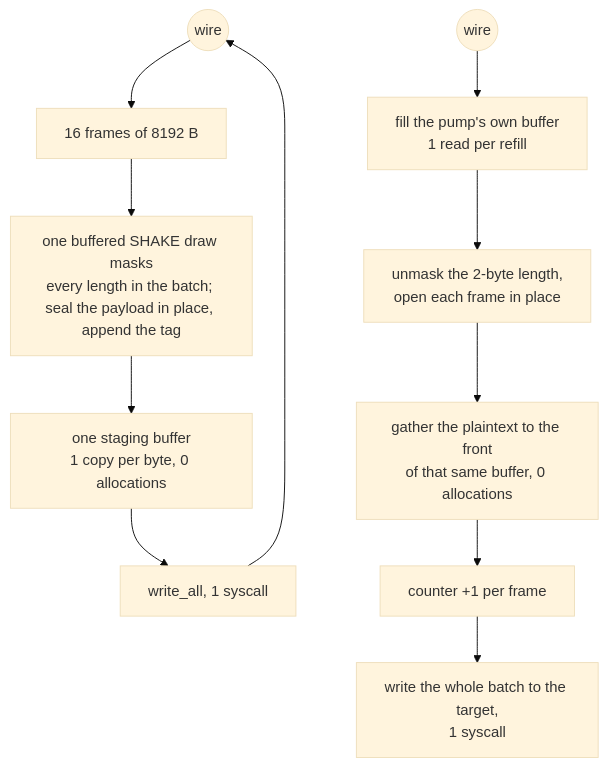
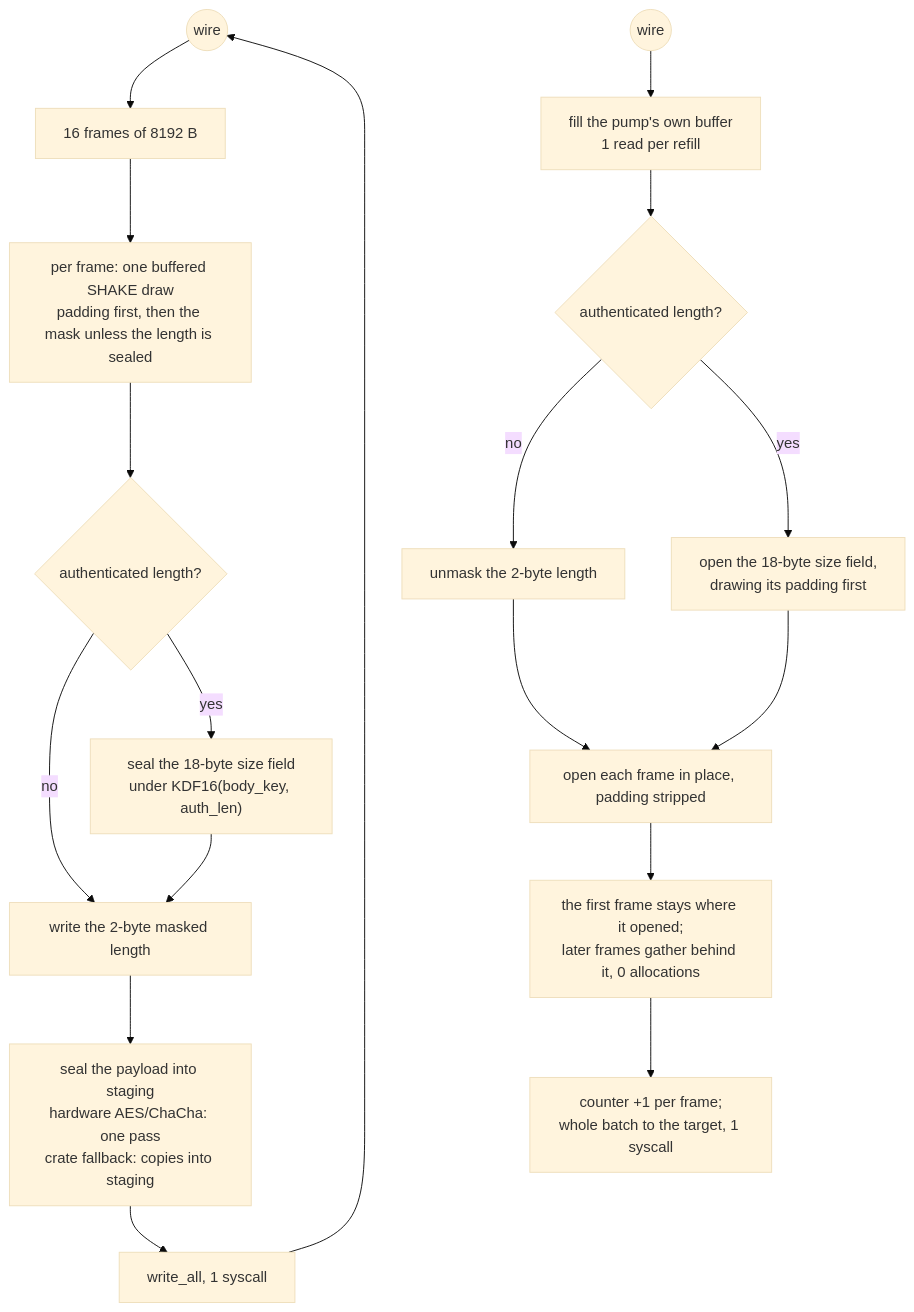
Before and after one commit to Ferrocite/ferrox: the diagram in docs/function/vmess.md, drawn with Mermaid (base theme). The commit also changed other lines of this file and 23 other files, not shown here.

First line of the commit message:
vmess: seal into staging, carry auth lengths and the no-signal end (#1082)

````diff
--- a/docs/function/vmess.md
+++ b/docs/function/vmess.md
@@ -25,13 +29,20 @@
 ```mermaid
 graph TD
     W["plaintext read, 128 KiB"] --> W1["16 frames of 8192 B"]
-    W1 --> W2["one buffered SHAKE draw masks<br/>every length in the batch; seal the payload in place, append the tag"]
-    W2 --> W3["one staging buffer<br/>1 copy per byte, 0 allocations"]
-    W3 --> W4["write_all, 1 syscall"]
-    W4 --> W(("wire"))
+    W1 --> W2["per frame: one buffered SHAKE draw<br/>padding first, then the mask unless the length is sealed"]
+    W2 --> W2A{"authenticated length?"}
+    W2A -->|no| W3["write the 2-byte masked length"]
+    W2A -->|yes| W2B["seal the 18-byte size field<br/>under KDF16(body_key, auth_len)"]
+    W2B --> W3
+    W3 --> W4["seal the payload into staging<br/>hardware AES/ChaCha: one pass<br/>crate fallback: copies into staging"]
+    W4 --> W5["write_all, 1 syscall"]
+    W5 --> W(("wire"))
     R(("wire")) --> R1["fill the pump's own buffer<br/>1 read per refill"]
-    R1 --> R2["unmask the 2-byte length,<br/>open each frame in place"]
-    R2 --> R3["gather the plaintext to the front<br/>of that same buffer, 0 allocations"]
-    R3 --> R4["counter +1 per frame"]
-    R4 --> R5["write the whole batch to the target,<br/>1 syscall"]
+    R1 --> R2{"authenticated length?"}
+    R2 -->|no| R2A["unmask the 2-byte length"]
+    R2 -->|yes| R2B["open the 18-byte size field,<br/>drawing its padding first"]
+    R2A --> R3["open each frame in place, padding stripped"]
+    R2B --> R3
+    R3 --> R4["the first frame stays where it opened;<br/>later frames gather behind it, 0 allocations"]
+    R4 --> R5["counter +1 per frame;<br/>whole batch to the target, 1 syscall"]
 ```
````
